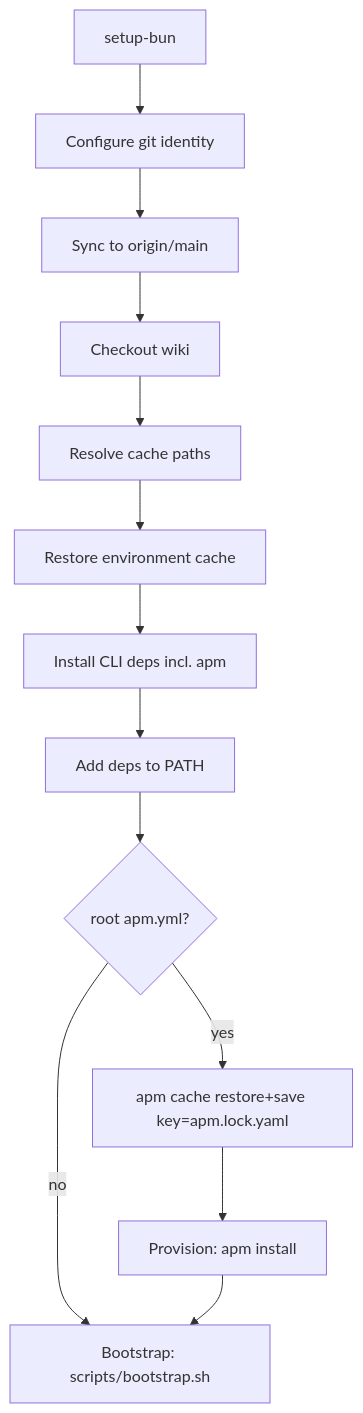
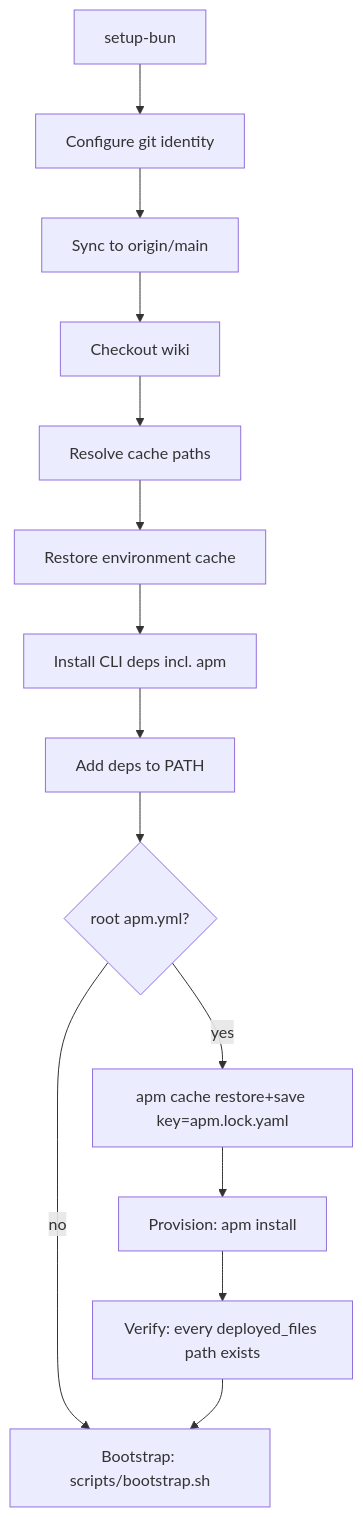
One commit to forwardimpact/monorepo changed the first of 2 diagrams in specs/2160-bootstrap-apm-install/design-a.md. Above: the diagram before and after it, drawn with Mermaid. The commit also changed other lines of this file, not shown here.

````diff
--- a/specs/2160-bootstrap-apm-install/design-a.md
+++ b/specs/2160-bootstrap-apm-install/design-a.md
@@ -24,15 +25,16 @@
 ```mermaid
 flowchart TD
   A[setup-bun] --> B[Configure git identity]
   B --> C[Sync to origin/main]
   C --> D[Checkout wiki]
   D --> E[Resolve cache paths]
   E --> F[Restore environment cache]
   F --> G[Install CLI deps incl. apm]
   G --> H[Add deps to PATH]
   H --> I{root apm.yml?}
   I -- no --> K[Bootstrap: scripts/bootstrap.sh]
   I -- yes --> J1[apm cache restore+save key=apm.lock.yaml]
   J1 --> J2[Provision: apm install]
-  J2 --> K
+  J2 --> J3[Verify: every deployed_files path exists]
+  J3 --> K
 ```
````
